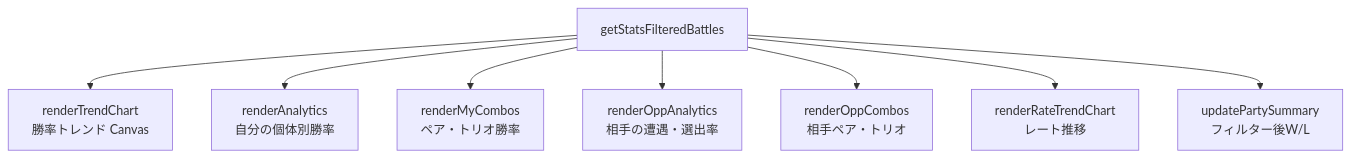
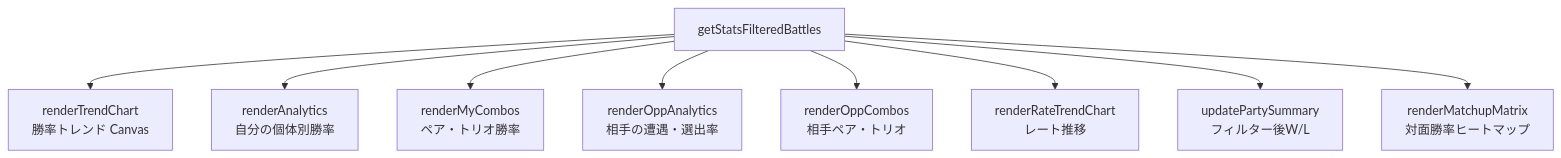
The fourth of 5 diagrams in EXPLANATION.md (1minami/pokemon-battle-log), drawn with Mermaid before and after one commit. The commit also changed other lines of this file and 20 other files, not shown here.

````diff
--- a/EXPLANATION.md
+++ b/EXPLANATION.md
@@ -90,10 +92,11 @@
 ```mermaid
 graph TD
     SB[getStatsFilteredBattles] --> A1[renderTrendChart<br>勝率トレンド Canvas]
     SB --> A2[renderAnalytics<br>自分の個体別勝率]
     SB --> A3[renderMyCombos<br>ペア・トリオ勝率]
     SB --> A4[renderOppAnalytics<br>相手の遭遇・選出率]
     SB --> A5[renderOppCombos<br>相手ペア・トリオ]
     SB --> A6[renderRateTrendChart<br>レート推移]
     SB --> A7[updatePartySummary<br>フィルター後W/L]
+    SB --> A8[renderMatchupMatrix<br>対面勝率ヒートマップ]
 ```
````
